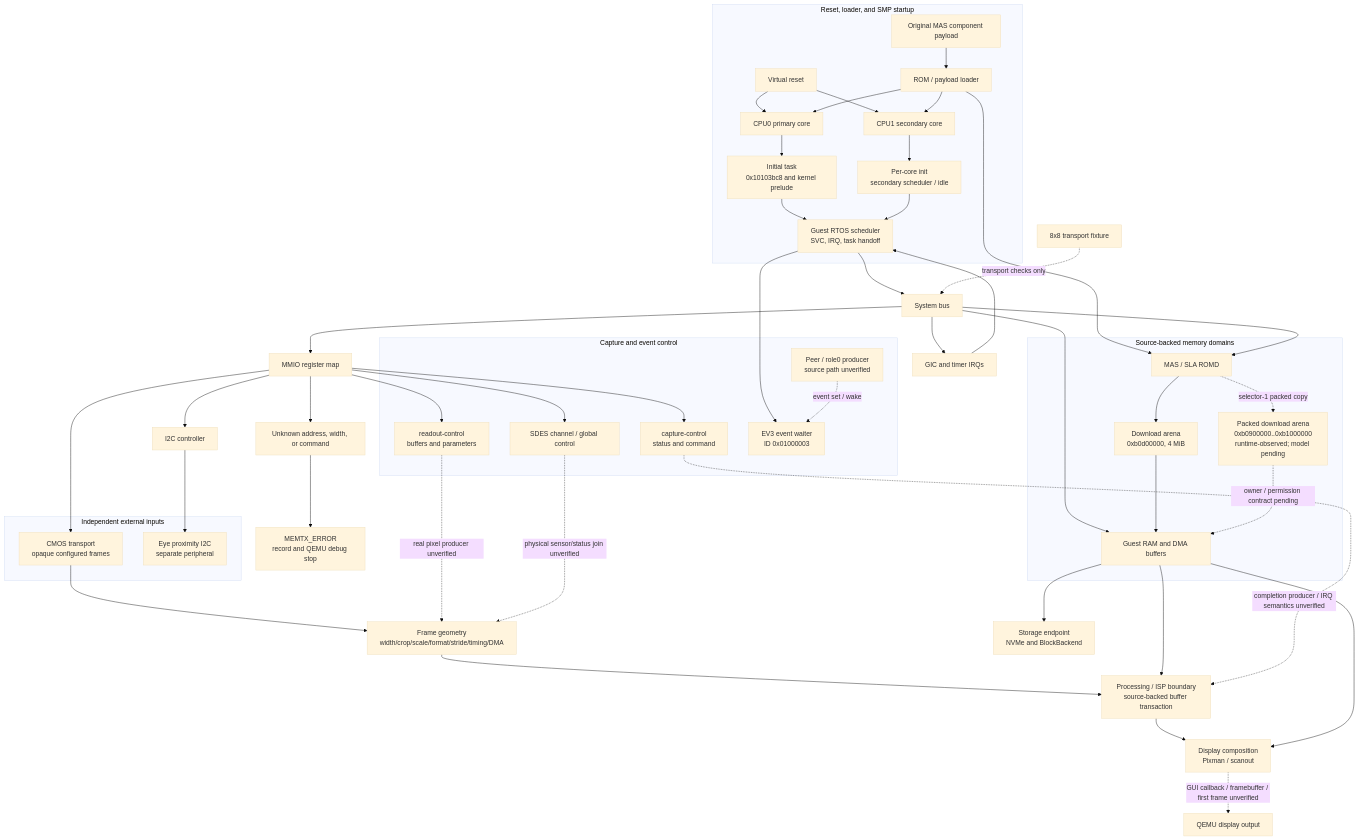
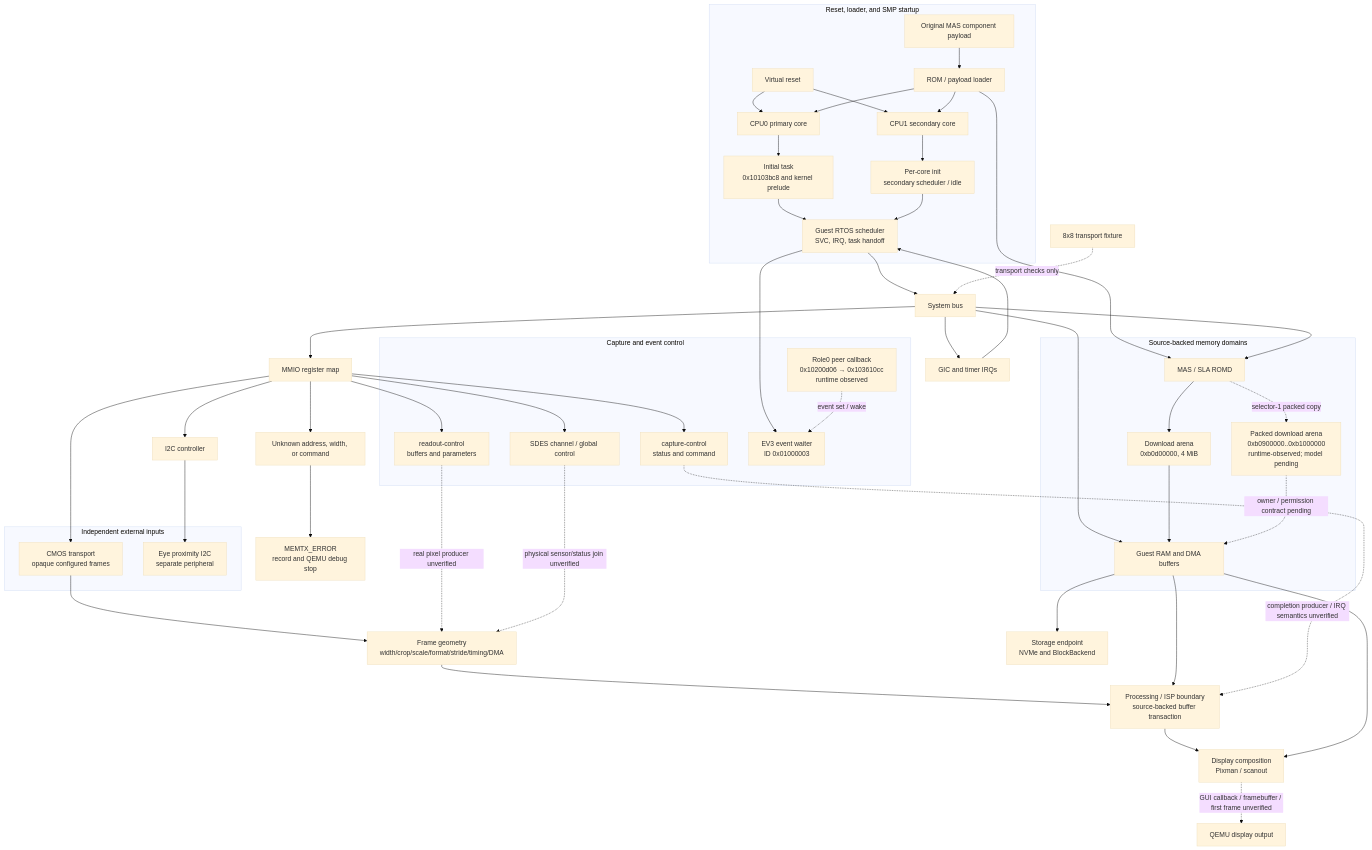
Before and after one commit to nightglasses/z7ii-qemu: the diagram in README.md, drawn with Mermaid (base theme). The commit also changed other lines of this file, not shown here.

Commit message:
docs: record observed EV3 producer boundary

````diff
--- a/README.md
+++ b/README.md
@@ -37,70 +37,70 @@
 ```mermaid
 flowchart TD
   subgraph Boot[Reset, loader, and SMP startup]
     Payload[Original MAS component payload] --> Loader[ROM / payload loader]
     Reset[Virtual reset] --> CPU0[CPU0 primary core]
     Reset --> CPU1[CPU1 secondary core]
     Loader --> CPU0
     Loader --> CPU1
     CPU0 --> Primary[Initial task\n0x10103bc8 and kernel prelude]
     CPU1 --> Secondary[Per-core init\nsecondary scheduler / idle]
     Primary --> RTOS[Guest RTOS scheduler\nSVC, IRQ, task handoff]
     Secondary --> RTOS
   end
 
   RTOS --> Bus[System bus]
   Bus --> MMIO[MMIO register map]
   Bus --> IRQ[GIC and timer IRQs]
   IRQ --> RTOS
 
   subgraph Memory[Source-backed memory domains]
     ROMD[MAS / SLA ROMD]
     Download0[Download arena\n0xb0d00000, 4 MiB]
     Download1[Packed download arena\n0xb0900000..0xb1000000\nruntime-observed; model pending]
     GuestRAM[Guest RAM and DMA buffers]
   end
   Loader --> ROMD
   Bus --> ROMD
   Bus --> GuestRAM
   ROMD --> Download0
   ROMD -. selector-1 packed copy .-> Download1
   Download0 --> GuestRAM
   Download1 -. owner / permission contract pending .-> GuestRAM
 
   subgraph Inputs[Independent external inputs]
     CMOS[CMOS transport\nopaque configured frames]
     Eye[Eye proximity I2C\nseparate peripheral]
   end
   MMIO --> CMOS
   MMIO --> I2C[I2C controller]
   I2C --> Eye
 
   subgraph Control[Capture and event control]
     SDES[SDES channel / global control]
     Capture[capture-control\nstatus and command]
     Readout[readout-control\nbuffers and parameters]
     EV3[EV3 event waiter\nID 0x01000003]
-    Peer[Peer / role0 producer\nsource path unverified]
+    Peer[Role0 peer callback\n0x10200d06 → 0x103610cc\nruntime observed]
   end
   MMIO --> SDES
   MMIO --> Capture
   MMIO --> Readout
   RTOS --> EV3
   Peer -. event set / wake .-> EV3
 
   CMOS --> Geometry[Frame geometry\nwidth/crop/scale/format/stride/timing/DMA]
   Geometry --> Process[Processing / ISP boundary\nsource-backed buffer transaction]
   Process --> Compose[Display composition\nPixman / scanout]
   GuestRAM --> Process
   GuestRAM --> Compose
   GuestRAM --> Save[Storage endpoint\nNVMe and BlockBackend]
 
   Readout -. real pixel producer unverified .-> Geometry
   Capture -. completion producer / IRQ semantics unverified .-> Process
   SDES -. physical sensor/status join unverified .-> Geometry
   Compose -. GUI callback / framebuffer / first frame unverified .-> Display[QEMU display output]
 
   MMIO --> Unknown[Unknown address, width, or command]
   Unknown --> Stop[MEMTX_ERROR\nrecord and QEMU debug stop]
   Fixture[8x8 transport fixture] -. transport checks only .-> Bus
 ```
````
